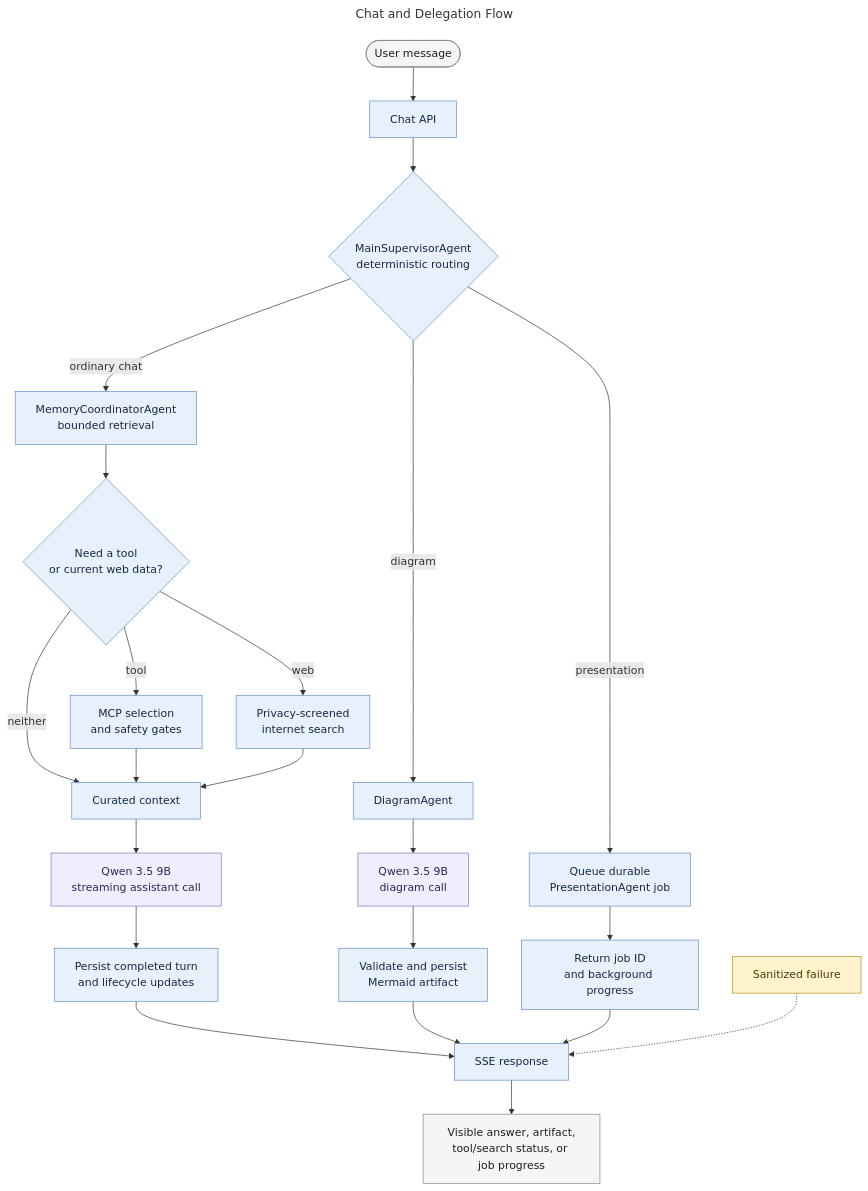
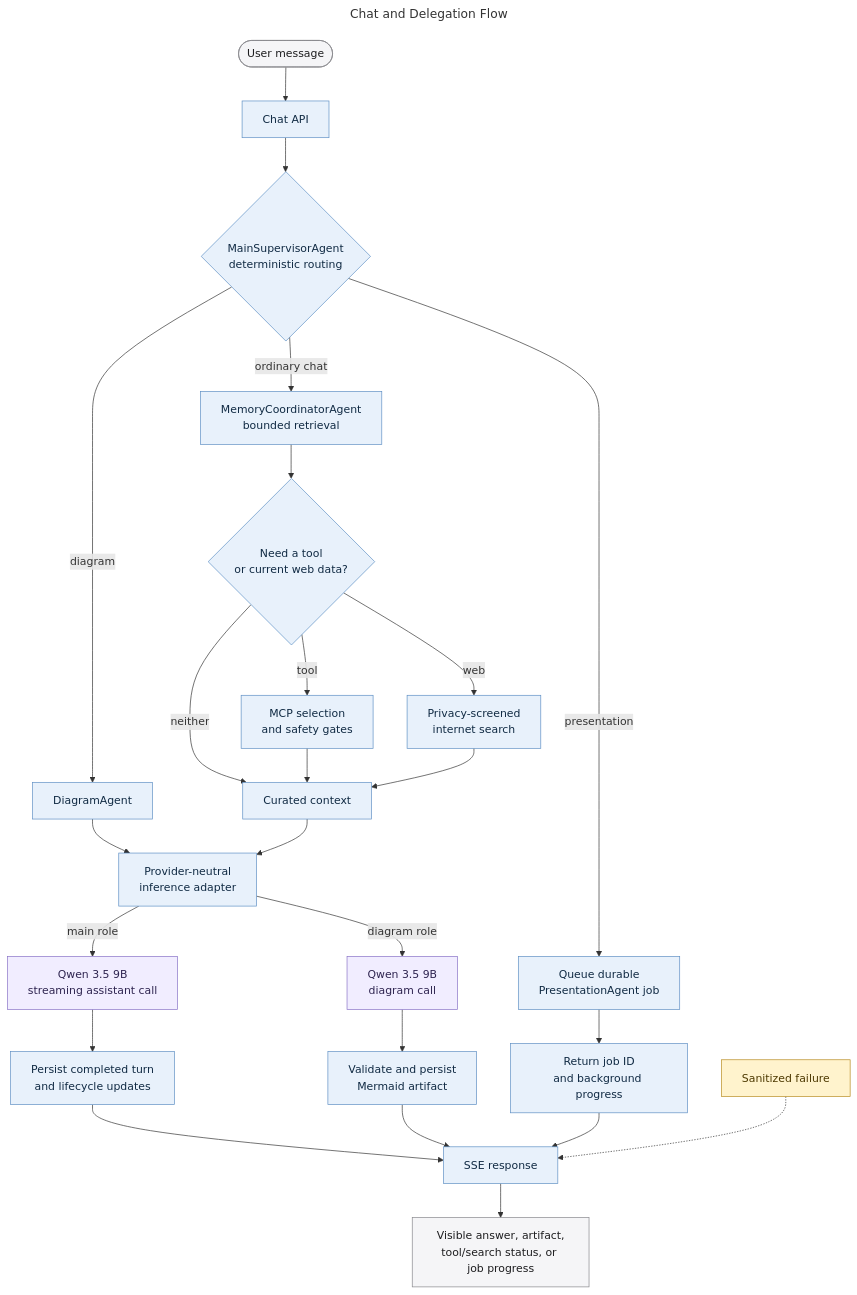
The diagram in docs/diagrams/chat-orchestration.mmd (MallyaAni/PersonalAssistant), drawn with Mermaid before and after one commit. The commit also changed 63 other files, not shown here.

```diff
--- a/docs/diagrams/chat-orchestration.mmd
+++ b/docs/diagrams/chat-orchestration.mmd
@@ -1,40 +1,42 @@
 ---
 title: Chat and Delegation Flow
 ---
 flowchart TB
     User([User message]) --> API[Chat API]
     API --> Supervisor{MainSupervisorAgent<br/>deterministic routing}
 
     Supervisor -->|presentation| Presentation[Queue durable<br/>PresentationAgent job]
     Presentation --> Progress[Return job ID<br/>and background progress]
 
     Supervisor -->|diagram| Diagram[DiagramAgent]
-    Diagram --> DiagramModel[Qwen 3.5 9B<br/>diagram call]
+    Diagram --> Inference[Provider-neutral<br/>inference adapter]
+    Inference -->|diagram role| DiagramModel[Qwen 3.5 9B<br/>diagram call]
     DiagramModel --> Artifact[Validate and persist<br/>Mermaid artifact]
 
     Supervisor -->|ordinary chat| Memory[MemoryCoordinatorAgent<br/>bounded retrieval]
     Memory --> Optional{Need a tool<br/>or current web data?}
     Optional -->|tool| MCP[MCP selection<br/>and safety gates]
     Optional -->|web| Search[Privacy-screened<br/>internet search]
     Optional -->|neither| Context[Curated context]
     MCP --> Context
     Search --> Context
 
-    Context --> Main[Qwen 3.5 9B<br/>streaming assistant call]
+    Context --> Inference
+    Inference -->|main role| Main[Qwen 3.5 9B<br/>streaming assistant call]
     Main --> Persist[Persist completed turn<br/>and lifecycle updates]
     Persist --> Stream[SSE response]
 
     Artifact --> Stream
     Progress --> Stream
     Stream --> UI[Visible answer, artifact,<br/>tool/search status, or job progress]
 
     Failure[Sanitized failure] -.-> Stream
 
     classDef interface fill:#f5f5f7,stroke:#86868b,color:#1d1d1f;
     classDef application fill:#e8f1fb,stroke:#5e8fc4,color:#102a43;
     classDef model fill:#f1edff,stroke:#8872c6,color:#2e2450;
     classDef failure fill:#fff3cd,stroke:#b78b20,color:#4d3900;
     class User,UI interface;
-    class API,Supervisor,Presentation,Progress,Diagram,Artifact,Memory,Optional,MCP,Search,Context,Persist,Stream application;
+    class API,Supervisor,Presentation,Progress,Diagram,Artifact,Memory,Optional,MCP,Search,Context,Inference,Persist,Stream application;
     class Main,DiagramModel model;
     class Failure failure;
```
